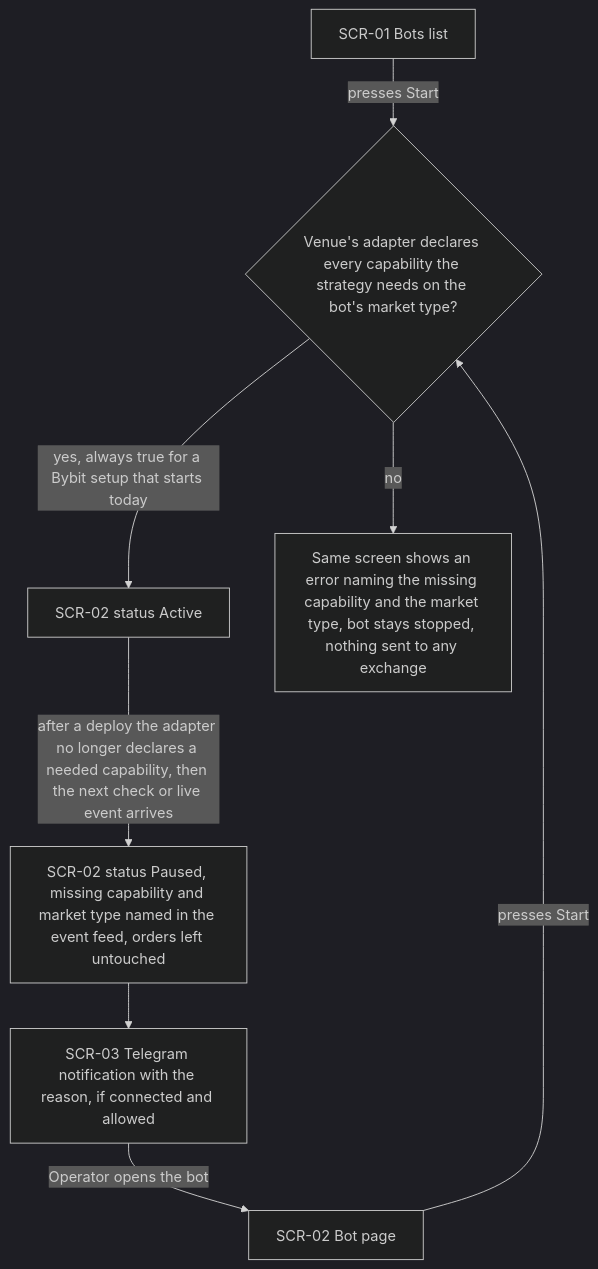
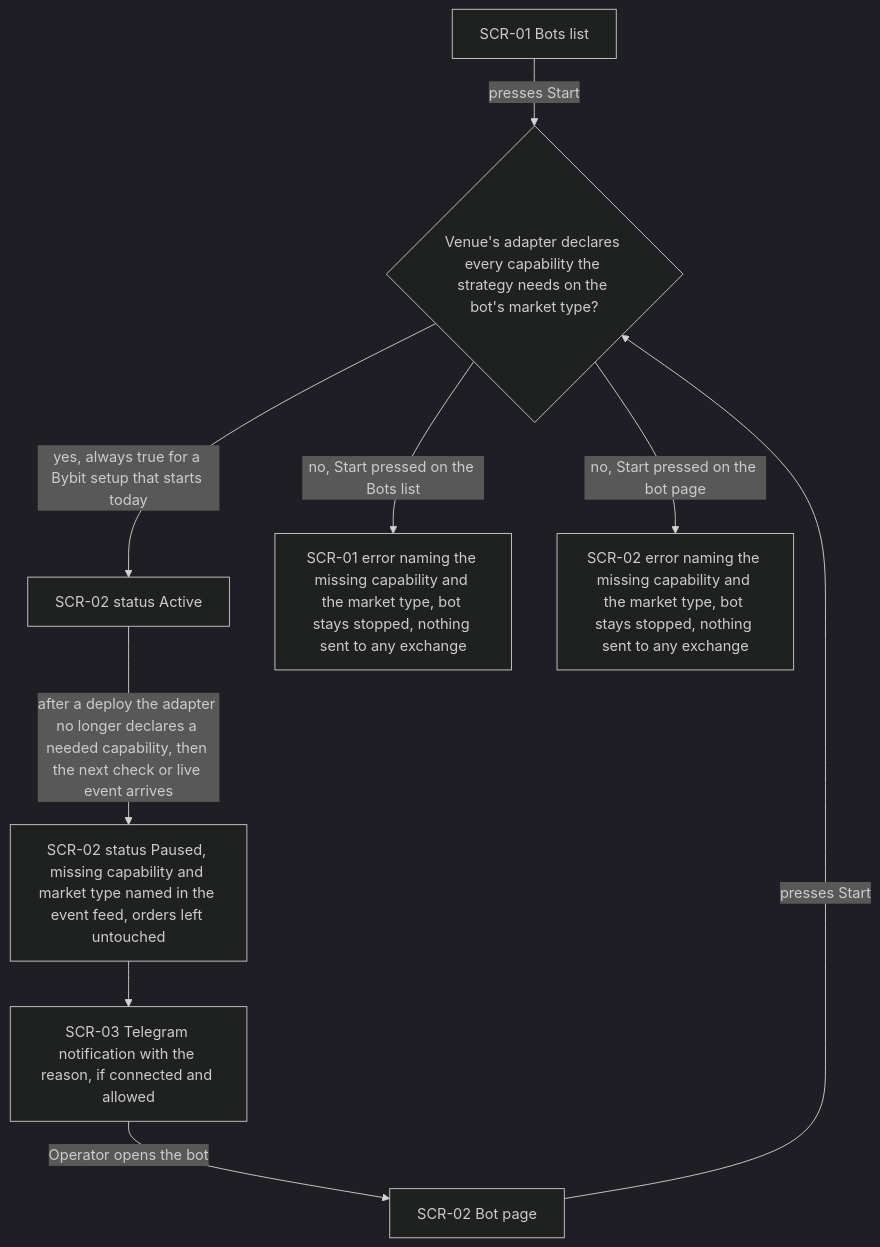
Before and after one commit to SoloOleh/AlgoTradeDynamics-experiments: the fourth of 5 diagrams in docs/features/exchange-adapter/ux-flows.md, drawn with Mermaid (dark theme). The commit also changed other lines of this file and 32 other files, not shown here.

````diff
--- a/docs/features/exchange-adapter/ux-flows.md
+++ b/docs/features/exchange-adapter/ux-flows.md
@@ -84,10 +89,11 @@
 ```mermaid
 flowchart TD
     A["SCR-01 Bots list"] -->|"presses Start"| C{"Venue's adapter declares every capability the strategy needs on the bot's market type?"}
     B["SCR-02 Bot page"] -->|"presses Start"| C
     C -->|"yes, always true for a Bybit setup that starts today"| D["SCR-02 status Active"]
-    C -->|"no"| E["Same screen shows an error naming the missing capability and the market type, bot stays stopped, nothing sent to any exchange"]
+    C -->|"no, Start pressed on the Bots list"| E1["SCR-01 error naming the missing capability and the market type, bot stays stopped, nothing sent to any exchange"]
+    C -->|"no, Start pressed on the bot page"| E2["SCR-02 error naming the missing capability and the market type, bot stays stopped, nothing sent to any exchange"]
     D -->|"after a deploy the adapter no longer declares a needed capability, then the next check or live event arrives"| F["SCR-02 status Paused, missing capability and market type named in the event feed, orders left untouched"]
     F --> G["SCR-03 Telegram notification with the reason, if connected and allowed"]
     G -->|"Operator opens the bot"| B
 ```
````
